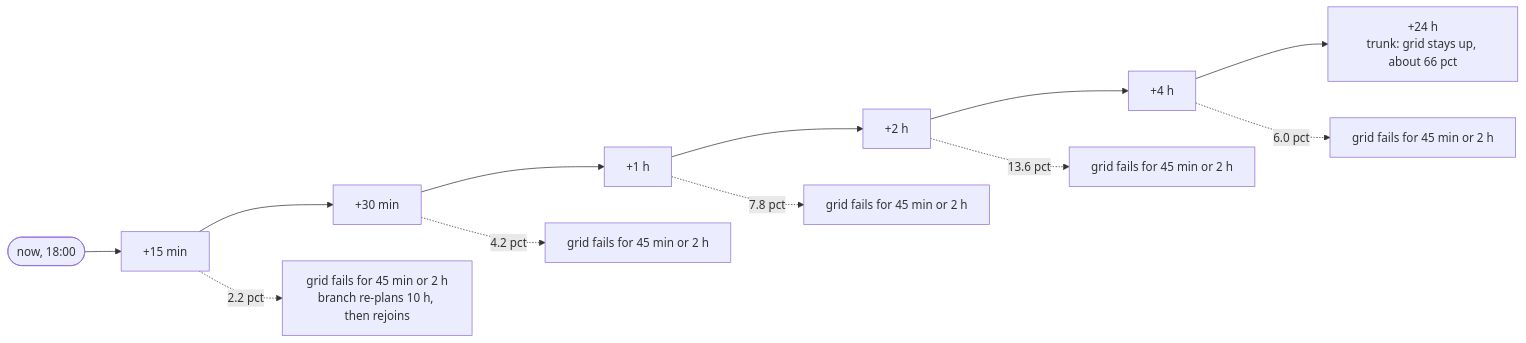
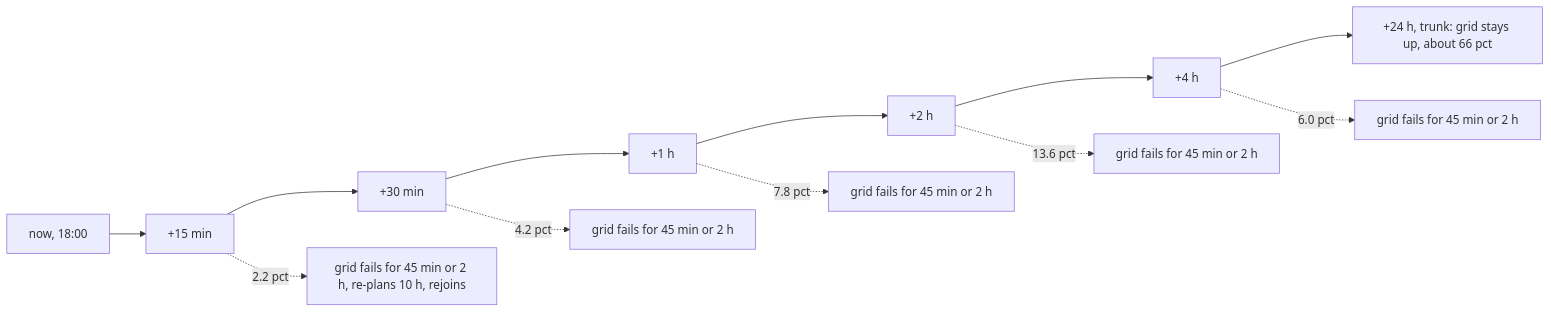
One commit to Arshgill01/GridQ changed the third of 3 diagrams in README.md. Above: the diagram before and after it, drawn with Mermaid. The commit also changed other lines of this file, not shown here.

Commit message:
README: simpler flowchart syntax for GitHub's renderer

````diff
--- a/README.md
+++ b/README.md
@@ -186,9 +186,9 @@
 ```mermaid
 flowchart LR
-  N(["now, 18:00"]) --> A["+15 min"] --> B["+30 min"] --> C["+1 h"] --> D["+2 h"] --> E["+4 h"] --> F["+24 h<br/>trunk: grid stays up, about 66 pct"]
-  A -. "2.2 pct" .-> A1["grid fails for 45 min or 2 h<br/>branch re-plans 10 h, then rejoins"]
+  N["now, 18:00"] --> A["+15 min"] --> B["+30 min"] --> C["+1 h"] --> D["+2 h"] --> E["+4 h"] --> F["+24 h, trunk: grid stays up, about 66 pct"]
+  A -. "2.2 pct" .-> A1["grid fails for 45 min or 2 h, re-plans 10 h, rejoins"]
   B -. "4.2 pct" .-> B1["grid fails for 45 min or 2 h"]
   C -. "7.8 pct" .-> C1["grid fails for 45 min or 2 h"]
   D -. "13.6 pct" .-> D1["grid fails for 45 min or 2 h"]
   E -. "6.0 pct" .-> E1["grid fails for 45 min or 2 h"]
 ```
````
